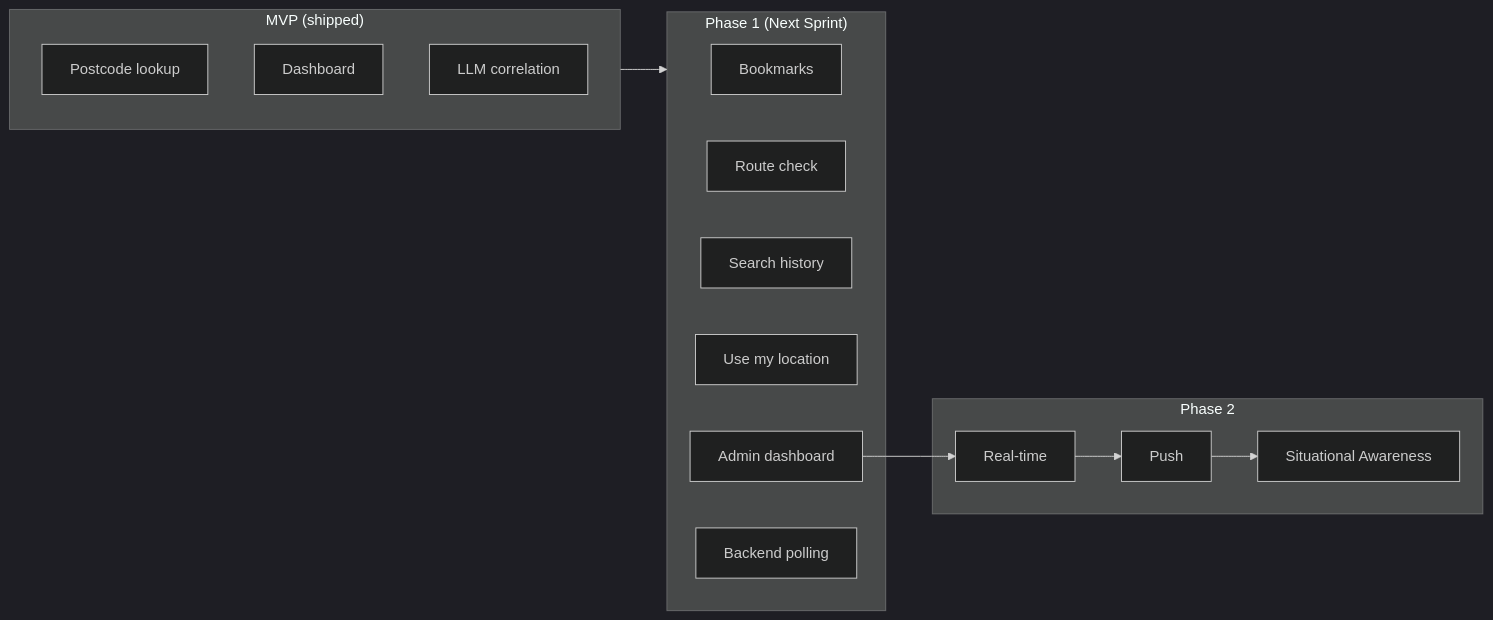
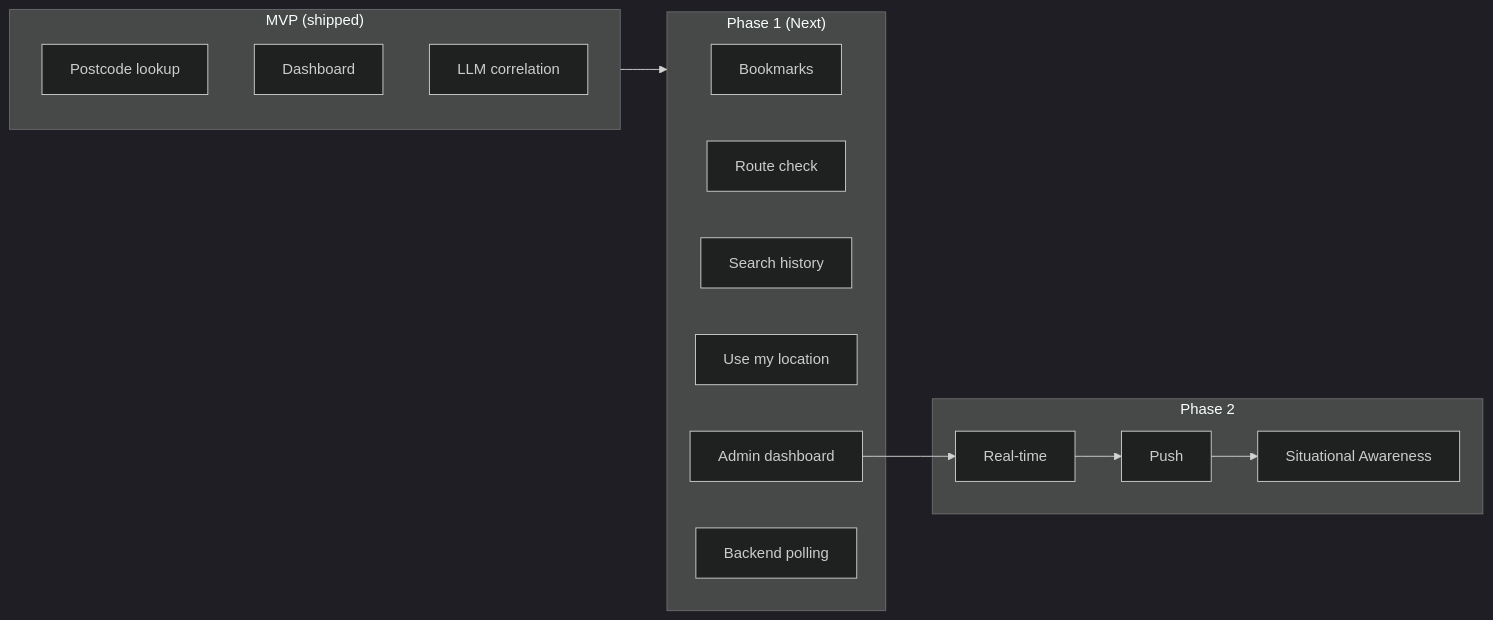
One commit to iammikek/floodwatch changed the diagram in docs/PLAN.md. Above: the diagram before and after it, drawn with Mermaid (dark theme). The commit also changed other lines of this file and 1 other file, not shown here.

Commit message:
Remove sprint references; use hours/days for agentic build

````diff
--- a/docs/PLAN.md
+++ b/docs/PLAN.md
@@ -86,28 +86,28 @@
 ```mermaid
 flowchart LR
     subgraph MVP["MVP (shipped)"]
         M1[Postcode lookup]
         M2[Dashboard]
         M3[LLM correlation]
     end
 
-    subgraph P1["Phase 1 (Next Sprint)"]
+    subgraph P1["Phase 1 (Next)"]
         B1[Bookmarks]
         RC[Route check]
         SH[Search history]
         GPS[Use my location]
         A1[Admin dashboard]
         BP[Backend polling]
     end
 
     subgraph P2["Phase 2"]
         R1[Real-time]
         P2a[Push]
         SA[Situational Awareness]
     end
 
     MVP --> P1
     A1 --> R1
     R1 --> P2a
     P2a --> SA
 ```
````
